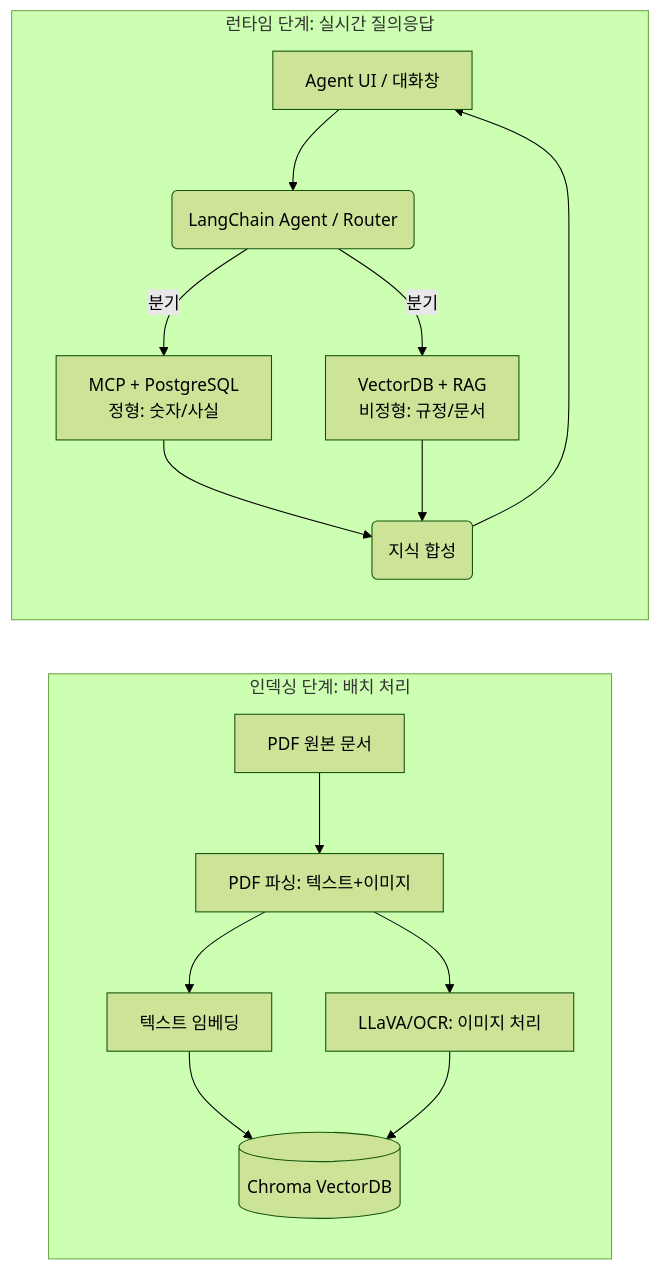
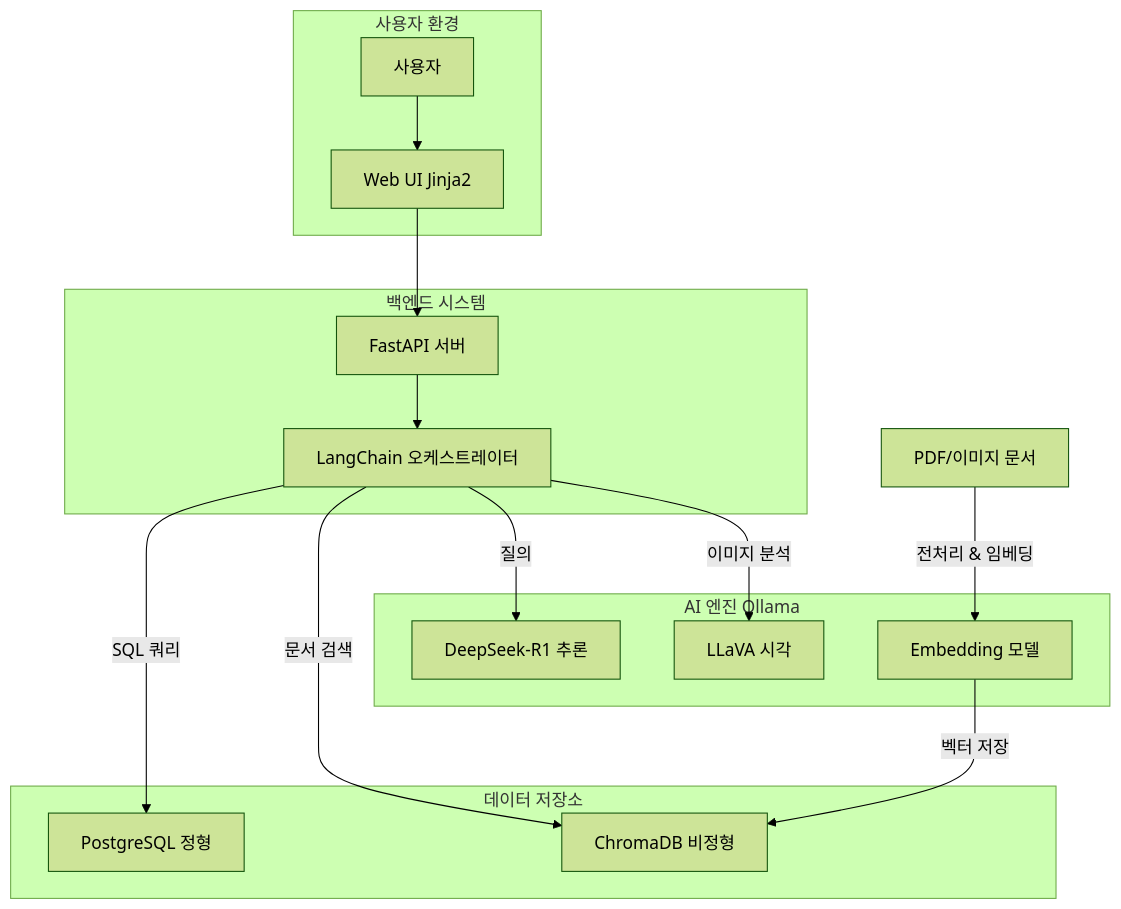
Before and after one commit to kjh5848/ai-llm-rag: the fifth of 5 diagrams in 00_manuscript/01장_프롤로그/02.본문.md, drawn with Mermaid (forest theme). The commit also changed other lines of this file and 125 other files, not shown here.

````diff
--- a/00_manuscript/01장_프롤로그/02.본문.md
+++ b/00_manuscript/01장_프롤로그/02.본문.md
@@ -104,26 +112,35 @@
 ```mermaid
 graph TD
-    %% 런타임 단계
-    subgraph Runtime_Stage [런타임 단계: 실시간 질의응답]
-        direction TB
-        UI[Agent UI / 대화창] --> Agent(LangChain Agent / Router)
-        Agent -->|분기| MCP[MCP + PostgreSQL<br/>정형: 숫자/사실]
-        Agent -->|분기| RAG[VectorDB + RAG<br/>비정형: 규정/문서]
-        MCP --> Synth(지식 합성)
-        RAG --> Synth
-        Synth --> UI
+    subgraph Client [사용자 환경]
+        User[사용자]
+        Web[Web UI Jinja2]
     end
 
-    %% 인덱싱 단계와 연결 (수직 배치 강제)
-    Runtime_Stage ~~~ Indexing_Pipeline
+    subgraph Server [백엔드 시스템]
+        API[FastAPI 서버]
+        Orch[LangChain 오케스트레이터]
+    end
 
-    %% 인덱싱 단계
-    subgraph Indexing_Pipeline [인덱싱 단계: 배치 처리]
-        direction TB
-        PDF[PDF 원본 문서] --> Parser[PDF 파싱: 텍스트+이미지]
-        Parser --> Embed[텍스트 임베딩]
-        Parser --> MultiModal[LLaVA/OCR: 이미지 처리]
-        Embed --> Chroma[(Chroma VectorDB)]
-        MultiModal --> Chroma
+    subgraph AI [AI 엔진 Ollama]
+        LLM[DeepSeek-R1 추론]
+        Vision[LLaVA 시각]
+        Embed[Embedding 모델]
     end
+
+    subgraph Data [데이터 저장소]
+        DB[PostgreSQL 정형]
+        Vector[ChromaDB 비정형]
+    end
+
+    User --> Web
+    Web --> API
+    API --> Orch
+    Orch -->|질의| LLM
+    Orch -->|이미지 분석| Vision
+    Orch -->|SQL 쿼리| DB
+    Orch -->|문서 검색| Vector
+
+    %% 인덱싱 파이프라인
+    Docs[PDF/이미지 문서] -->|전처리 & 임베딩| Embed
+    Embed -->|벡터 저장| Vector
 ```
````
